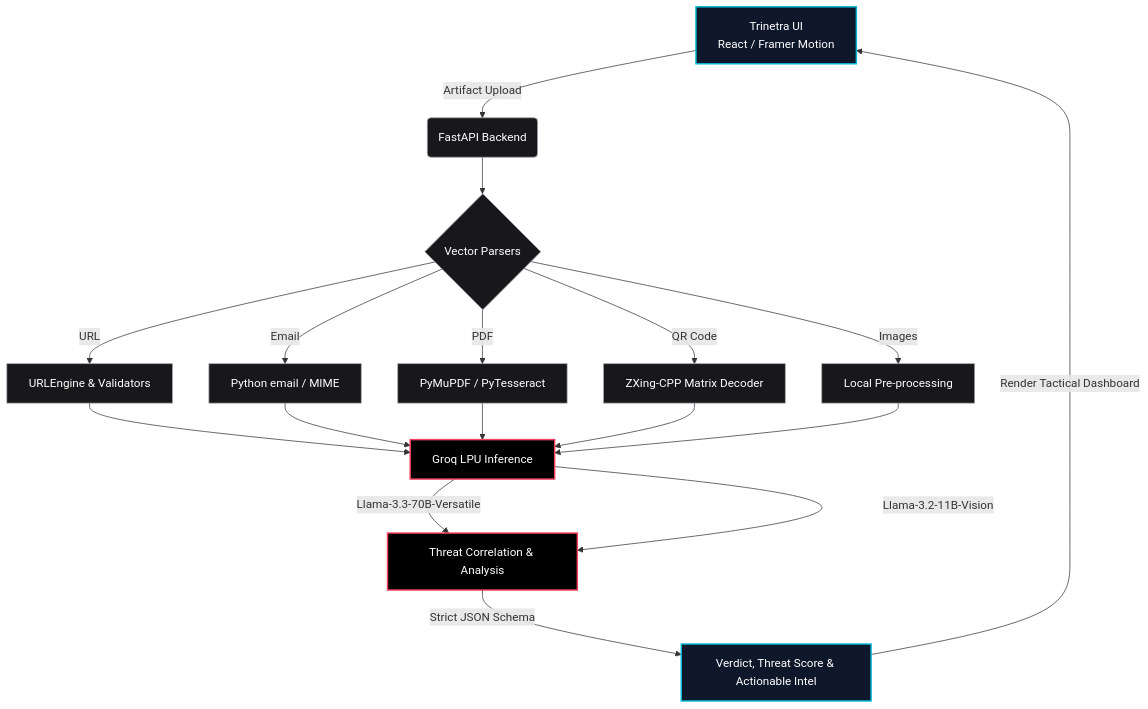
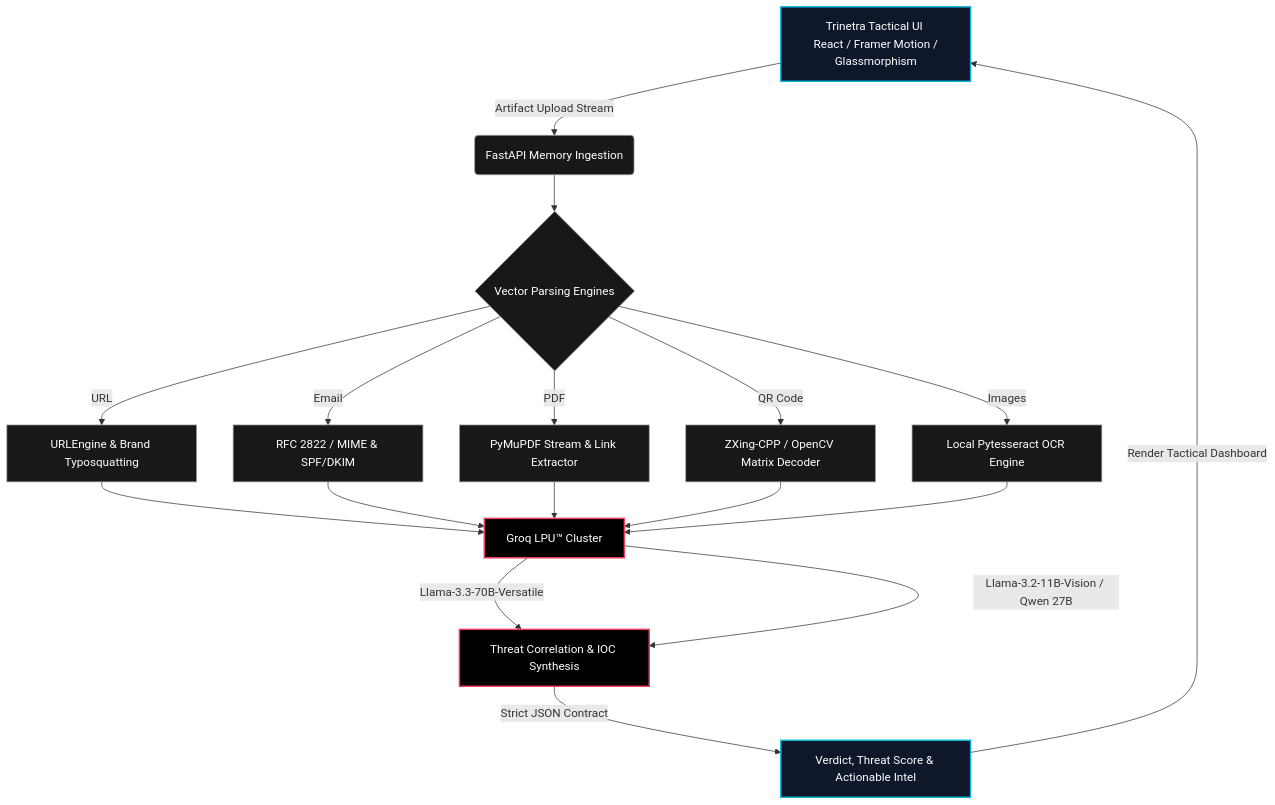
Before and after one commit to prasad-sec/TRINETRA: the diagram in README.md, drawn with Mermaid. The commit also changed other lines of this file and 3 other files, not shown here.

Commit message:
docs: comprehensive architectural deep-dive and tactical UI documentation updates

````diff
--- a/README.md
+++ b/README.md
@@ -15,30 +17,30 @@
 ```mermaid
 graph TD
     %% Frontend Layer
-    A[Trinetra UI <br/> React / Framer Motion] -->|Artifact Upload| B(FastAPI Backend)
+    A[Trinetra Tactical UI <br/> React / Framer Motion / Glassmorphism] -->|Artifact Upload Stream| B(FastAPI Memory Ingestion)
     
-    %% Processing Layer
-    B --> C{Vector Parsers}
-    C -->|URL| D[URLEngine & Validators]
-    C -->|Email| E[Python email / MIME]
-    C -->|PDF| F[PyMuPDF / PyTesseract]
-    C -->|QR Code| G[ZXing-CPP Matrix Decoder]
-    C -->|Images| H[Local Pre-processing]
+    %% Processing Layer (Edge Deterministic Parsing)
+    B --> C{Vector Parsing Engines}
+    C -->|URL| D[URLEngine & Brand Typosquatting]
+    C -->|Email| E[RFC 2822 / MIME & SPF/DKIM]
+    C -->|PDF| F[PyMuPDF Stream & Link Extractor]
+    C -->|QR Code| G[ZXing-CPP / OpenCV Matrix Decoder]
+    C -->|Images| H[Local Pytesseract OCR Engine]
     
     %% AI Intelligence Layer
-    D & E & F & G --> I[Groq LPU Inference]
+    D & E & F & G --> I[Groq LPU™ Cluster]
     H --> I
-    I -->|Llama-3.3-70B-Versatile| J[Threat Correlation & Analysis]
-    I -->|Llama-3.2-11B-Vision| J
+    I -->|Llama-3.3-70B-Versatile| J[Threat Correlation & IOC Synthesis]
+    I -->|Llama-3.2-11B-Vision / Qwen 27B| J
     
     %% Output Layer
-    J -->|Strict JSON Schema| K[Verdict, Threat Score & Actionable Intel]
+    J -->|Strict JSON Contract| K[Verdict, Threat Score & Actionable Intel]
     K -->|Render Tactical Dashboard| A
     
     classDef frontend fill:#0f172a,stroke:#06b6d4,stroke-width:2px,color:#fff
     classDef backend fill:#18181b,stroke:#a1a1aa,stroke-width:1px,color:#fff
     classDef ai fill:#000000,stroke:#f43f5e,stroke-width:2px,color:#fff
     class A,K frontend
     class B,C,D,E,F,G,H backend
     class I,J ai
 ```
````
